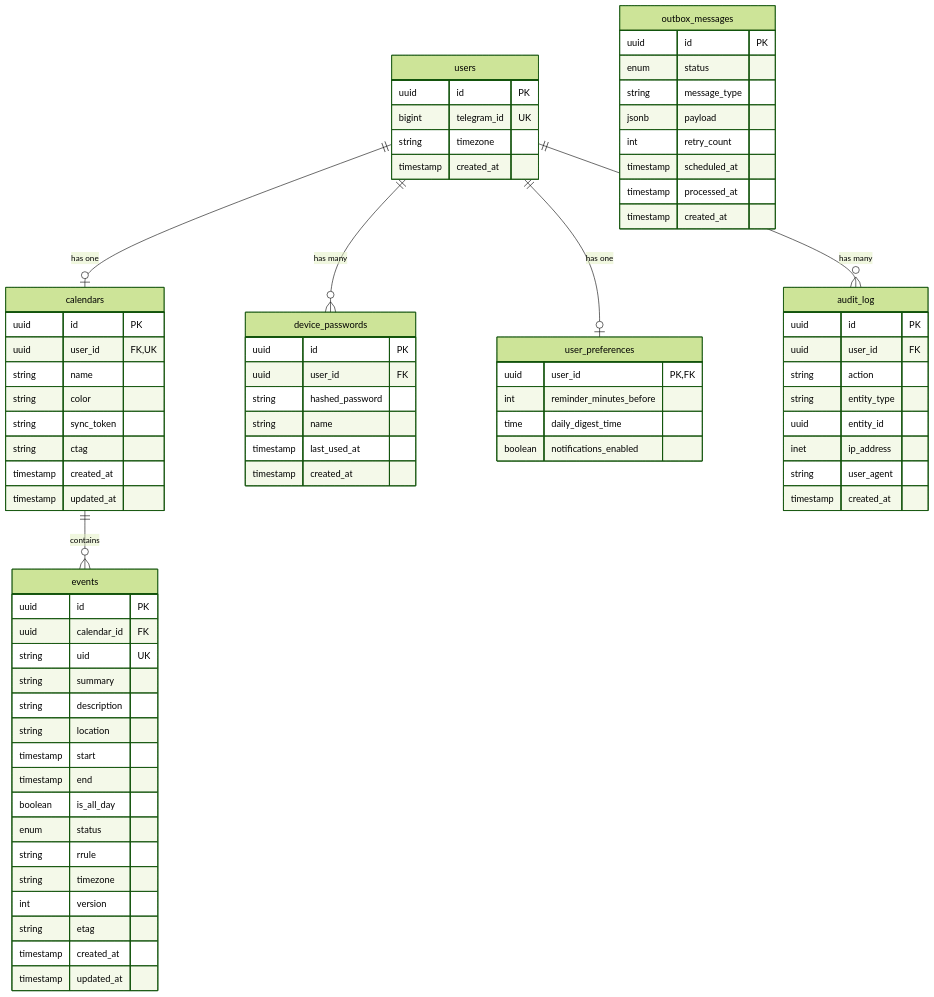
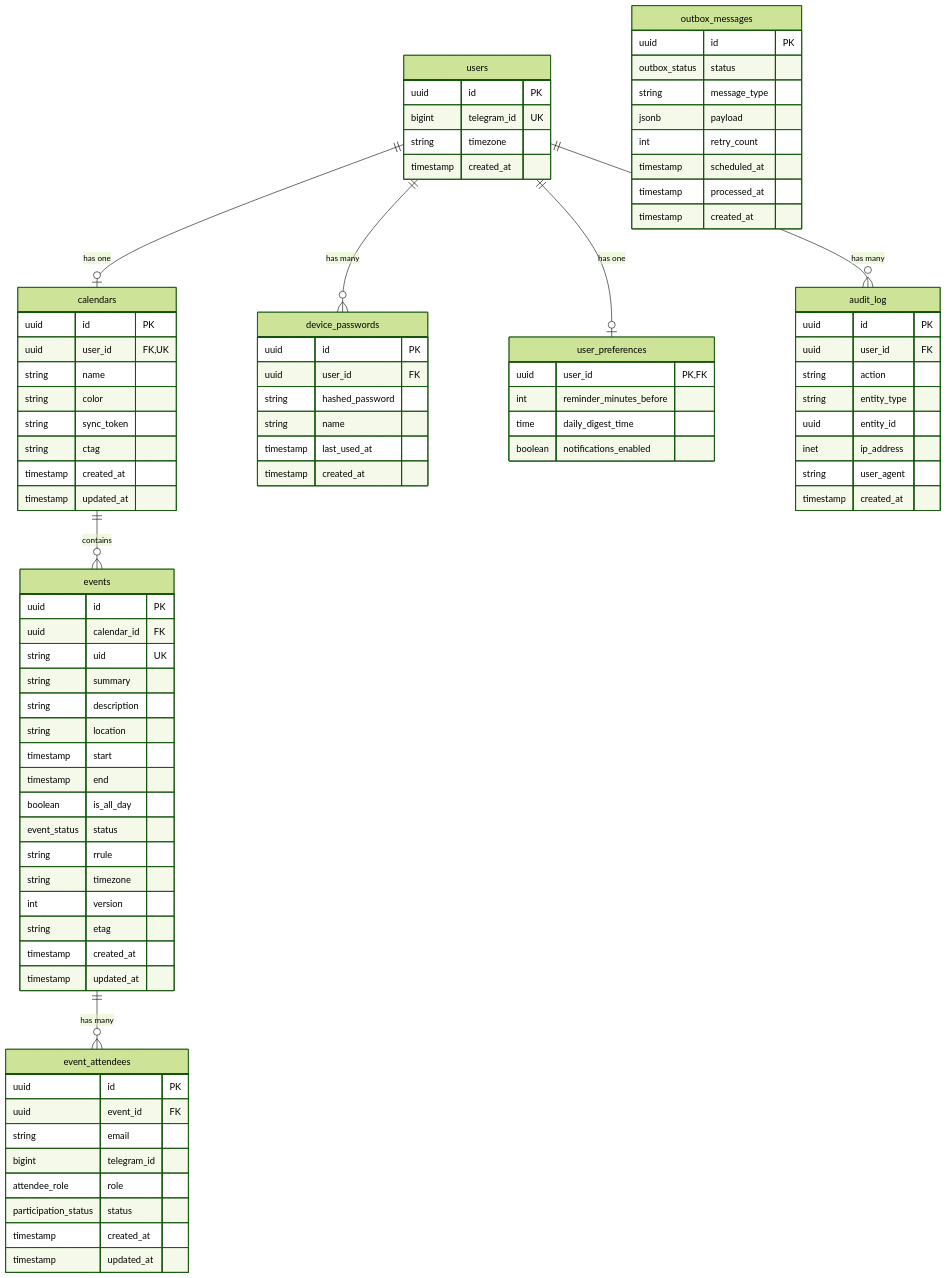
Before and after one commit to kirilledition/televent: the sixth of 7 diagrams in docs/ARCHITECTURE.md, drawn with Mermaid (forest theme). The commit also changed other lines of this file and 20 other files, not shown here.

```diff
--- a/docs/ARCHITECTURE.md
+++ b/docs/ARCHITECTURE.md
@@ -264,6 +206,7 @@
     users ||--o| user_preferences : "has one"
     users ||--o{ audit_log : "has many"
     calendars ||--o{ events : "contains"
+    events ||--o{ event_attendees : "has many"
 
     users {
         uuid id PK
@@ -293,11 +236,22 @@
         timestamp start
         timestamp end
         boolean is_all_day
-        enum status
+        event_status status
         string rrule
         string timezone
         int version
         string etag
+        timestamp created_at
+        timestamp updated_at
+    }
+
+    event_attendees {
+        uuid id PK
+        uuid event_id FK
+        string email
+        bigint telegram_id
+        attendee_role role
+        participation_status status
         timestamp created_at
         timestamp updated_at
     }
@@ -320,7 +274,7 @@
 
     outbox_messages {
         uuid id PK
-        enum status
+        outbox_status status
         string message_type
         jsonb payload
         int retry_count
```
